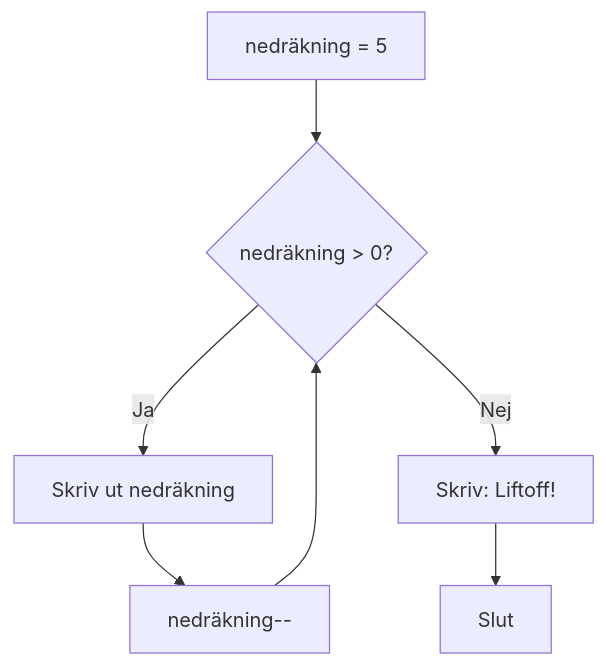
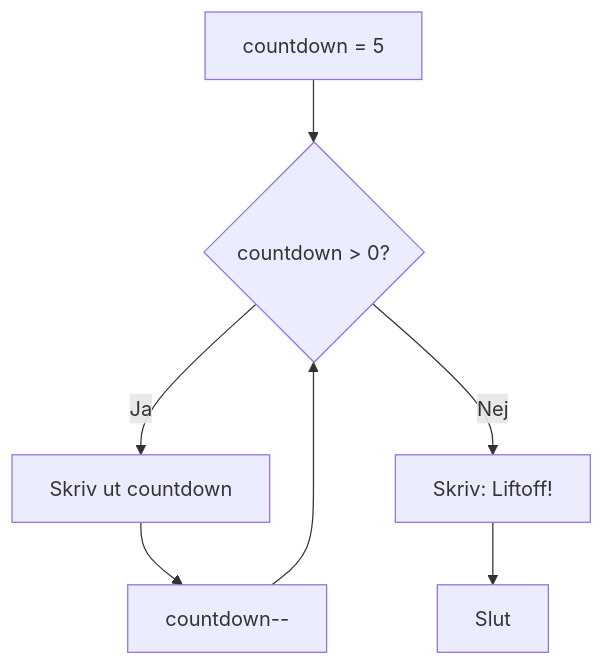
Before and after one commit to marcusjobb/programmering-csharp: the diagram in docs/loopar/loopar-kurs.md, drawn with Mermaid. The commit also changed other lines of this file and 22 other files, not shown here.

````diff
--- a/docs/loopar/loopar-kurs.md
+++ b/docs/loopar/loopar-kurs.md
@@ -36,9 +36,9 @@
 ```mermaid
 flowchart TD
-    A[nedräkning = 5] --> B{nedräkning > 0?}
-    B -->|Ja| C[Skriv ut nedräkning]
-    C --> D[nedräkning--]
+    A[countdown = 5] --> B{countdown > 0?}
+    B -->|Ja| C[Skriv ut countdown]
+    C --> D[countdown--]
     D --> B
     B -->|Nej| E[Skriv: Liftoff!]
     E --> F[Slut]
 ```
````
